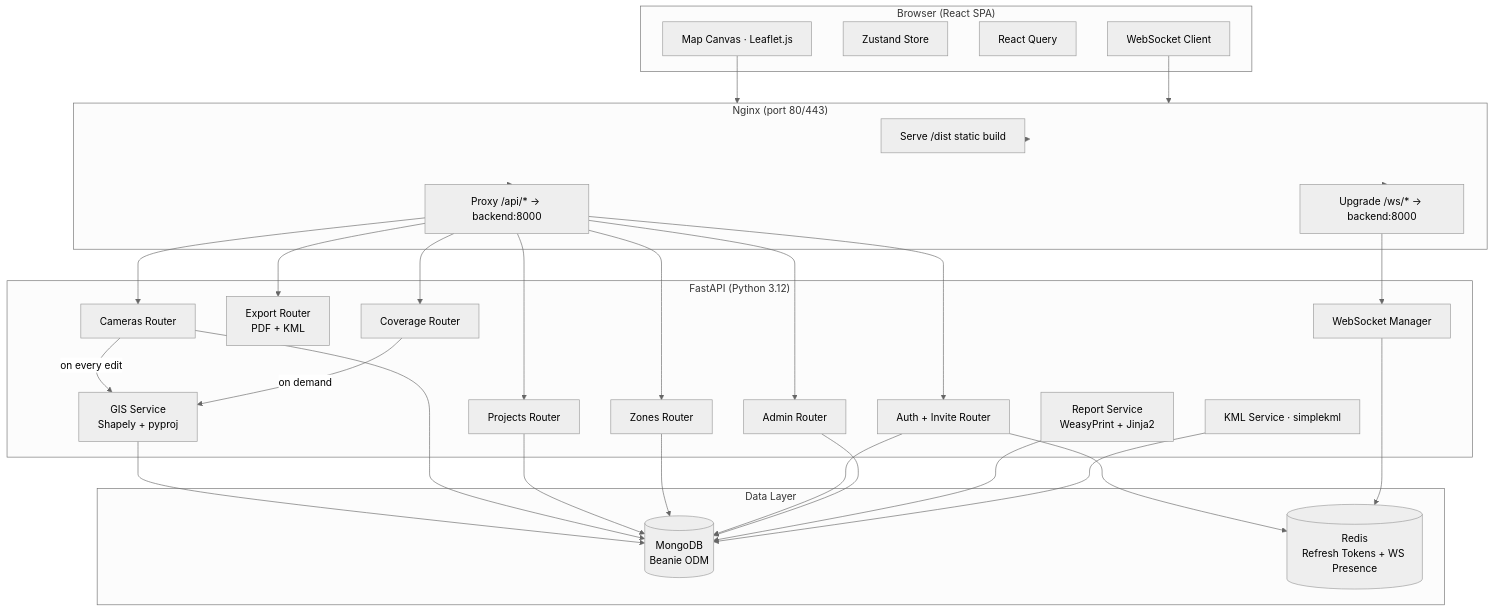
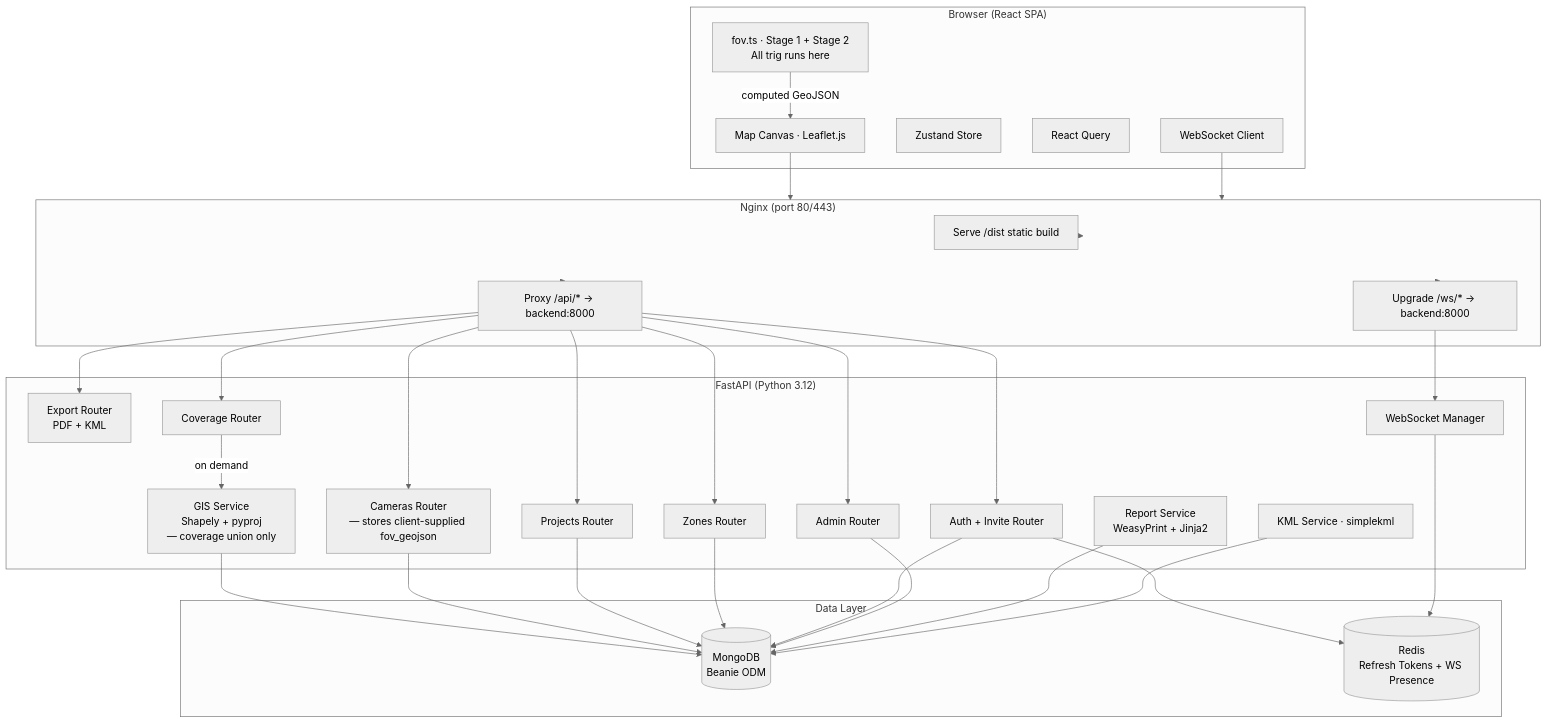
Before and after one commit to shamsundar-k/cctv_planner: the diagram in docs/SPEC.md, drawn with Mermaid (neutral theme). The commit also changed other lines of this file and 5 other files, not shown here.

First line of the commit message:
Add camera model data structure and DORI performance calculation schema

````diff
--- a/docs/SPEC.md
+++ b/docs/SPEC.md
@@ -70,62 +75,63 @@
 ```mermaid
 flowchart TB
     subgraph Client ["Browser (React SPA)"]
         UI[Map Canvas · Leaflet.js]
+        FOV_CALC[fov.ts · Stage 1 + Stage 2\nAll trig runs here]
         ZS[Zustand Store]
         RQ[React Query]
         WS_C[WebSocket Client]
     end
 
     subgraph Nginx ["Nginx (port 80/443)"]
         Static[Serve /dist static build]
         ProxyAPI[Proxy /api/* → backend:8000]
         ProxyWS[Upgrade /ws/* → backend:8000]
     end
 
     subgraph Backend ["FastAPI (Python 3.12)"]
         AuthR[Auth + Invite Router]
         AdminR[Admin Router]
         ProjectR[Projects Router]
-        CameraR[Cameras Router]
+        CameraR[Cameras Router\n— stores client-supplied fov_geojson]
         ZoneR[Zones Router]
         ExportR[Export Router\nPDF + KML]
         CoverageR[Coverage Router]
-        GIS[GIS Service\nShapely + pyproj]
+        GIS[GIS Service\nShapely + pyproj\n— coverage union only]
         WSMgr[WebSocket Manager]
         ReportSvc[Report Service\nWeasyPrint + Jinja2]
         KMLSvc[KML Service · simplekml]
     end
 
     subgraph Data ["Data Layer"]
         Mongo[(MongoDB\nBeanie ODM)]
         Redis[(Redis\nRefresh Tokens + WS Presence)]
     end
 
+    FOV_CALC -->|computed GeoJSON| UI
     UI --> Nginx
     WS_C --> Nginx
     Nginx --> Static
     Nginx --> ProxyAPI
     Nginx --> ProxyWS
 
     ProxyAPI --> AuthR
     ProxyAPI --> AdminR
     ProxyAPI --> ProjectR
     ProxyAPI --> CameraR
     ProxyAPI --> ZoneR
     ProxyAPI --> ExportR
     ProxyAPI --> CoverageR
     ProxyWS --> WSMgr
 
-    CameraR -->|on every edit| GIS
     CoverageR -->|on demand| GIS
     GIS --> Mongo
     CameraR --> Mongo
     ProjectR --> Mongo
     ZoneR --> Mongo
     AuthR --> Mongo
     AuthR --> Redis
     AdminR --> Mongo
     WSMgr --> Redis
     ReportSvc --> Mongo
     KMLSvc --> Mongo
 ```
````
